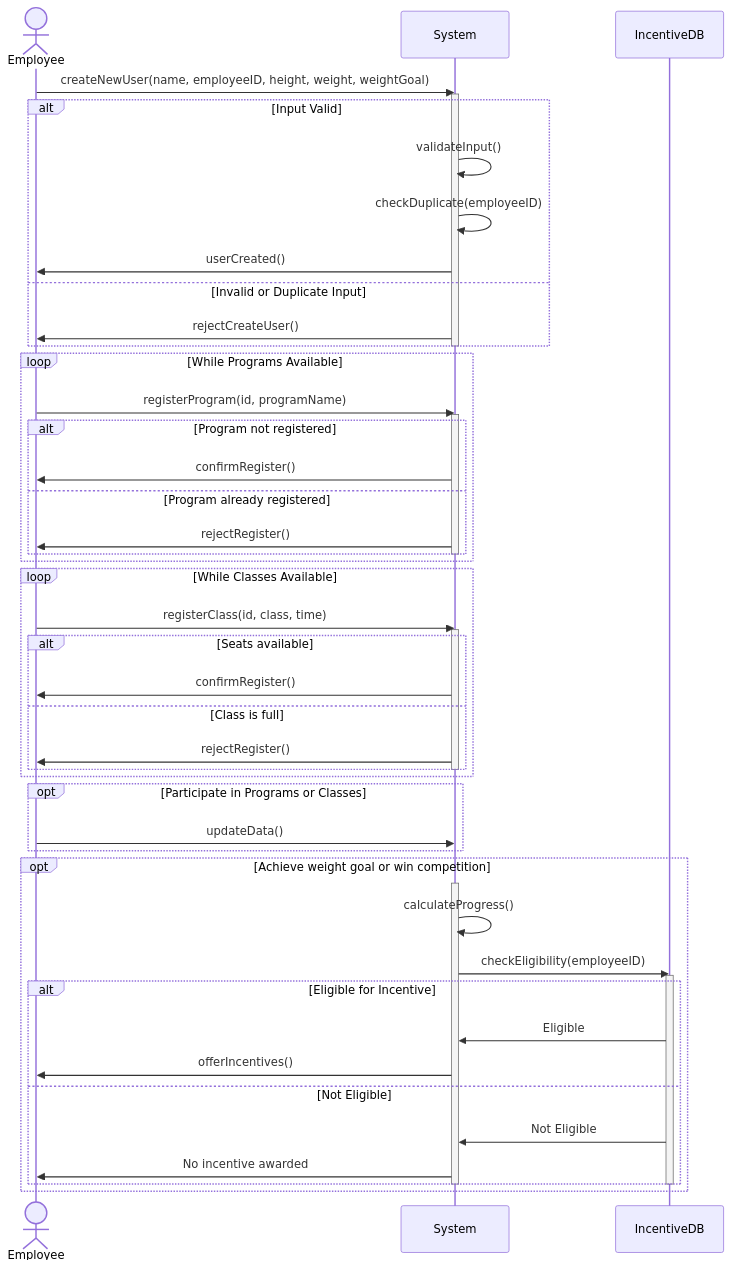
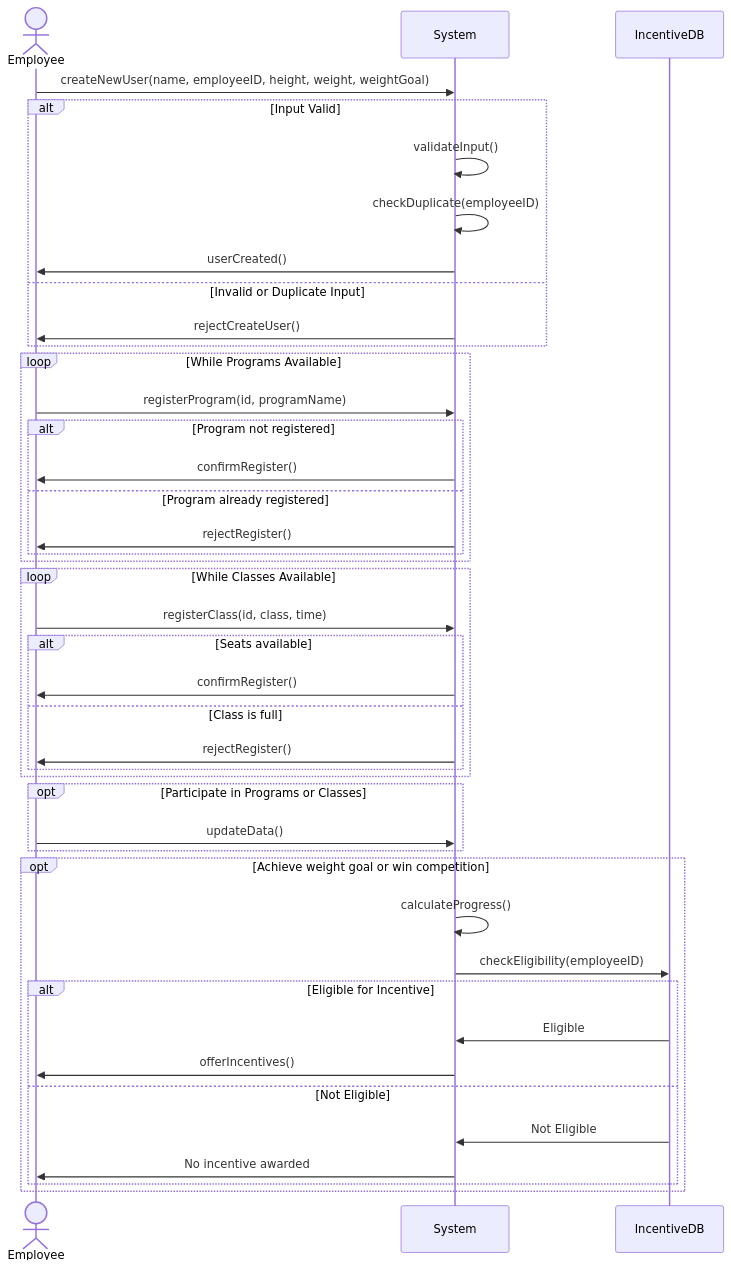
Before and after one commit to seven8301/iodraw-files: the diagram in all/未命名-1.md, drawn with Mermaid.

Commit message:
2024-10-15 16:07:15 update

````diff
--- a/all/未命名-1.md
+++ b/all/未命名-1.md
@@ -1,59 +1,49 @@
 ```mermaid
 sequenceDiagram
     actor Employee
     participant System
     participant IncentiveDB
 
     Employee->>System: createNewUser(name, employeeID, height, weight, weightGoal)
-    activate System
     alt Input Valid
         System->>System: validateInput()
         System->>System: checkDuplicate(employeeID)
         System->>Employee: userCreated()
     else Invalid or Duplicate Input
         System->>Employee: rejectCreateUser()
     end
-    deactivate System
 
     loop While Programs Available
         Employee->>System: registerProgram(id, programName)
-        activate System
         alt Program not registered
             System->>Employee: confirmRegister()
         else Program already registered
             System->>Employee: rejectRegister()
         end
-        deactivate System
     end
 
     loop While Classes Available
         Employee->>System: registerClass(id, class, time)
-        activate System
         alt Seats available
             System->>Employee: confirmRegister()
         else Class is full
             System->>Employee: rejectRegister()
         end
-        deactivate System
     end
 
     opt Participate in Programs or Classes
         Employee->>System: updateData()
     end
 
     opt Achieve weight goal or win competition
-        activate System
         System->>System: calculateProgress()
         System->>IncentiveDB: checkEligibility(employeeID)
-        activate IncentiveDB
         alt Eligible for Incentive
             IncentiveDB->>System: Eligible
             System->>Employee: offerIncentives()
         else Not Eligible
             IncentiveDB->>System: Not Eligible
             System->>Employee: No incentive awarded
         end
-        deactivate IncentiveDB
-        deactivate System
     end
 ```
````
